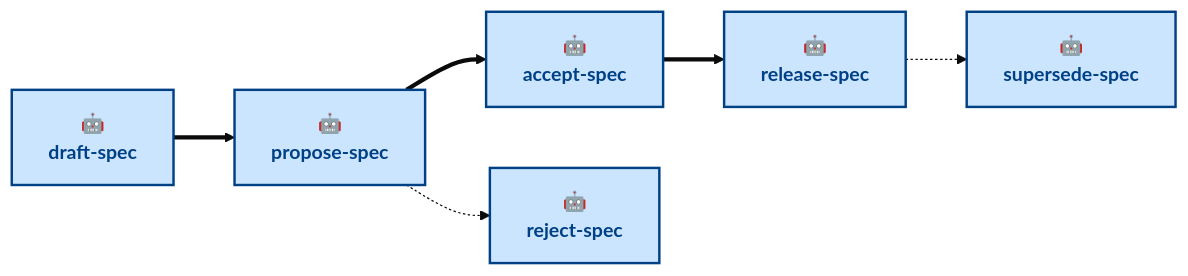
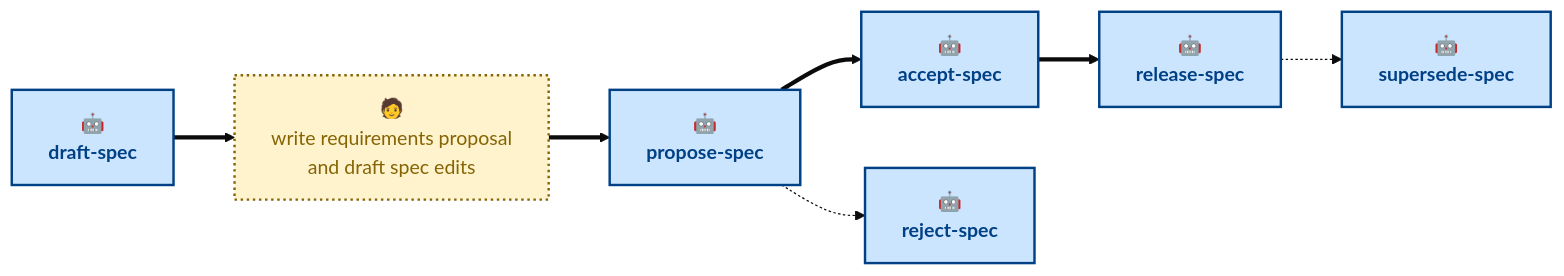
The diagram in .agents/skills/README.md (kieranpotts/specs), drawn with Mermaid (base theme) before and after one commit. The commit also changed other lines of this file and 6 other files, not shown here.

````diff
--- a/.agents/skills/README.md
+++ b/.agents/skills/README.md
@@ -40,19 +39,21 @@
 ```mermaid
 flowchart LR
   draft["🤖<br/><b>draft-spec</b>"]:::agentic
+  write["🧑<br/>write requirements proposal<br/>and draft spec edits"]:::anthropic
   propose["🤖<br/><b>propose-spec</b>"]:::agentic
   accept["🤖<br/><b>accept-spec</b>"]:::agentic
   release["🤖<br/><b>release-spec</b>"]:::agentic
   supersede["🤖<br/><b>supersede-spec</b>"]:::agentic
   reject["🤖<br/><b>reject-spec</b>"]:::agentic
 
-  draft ==> propose
+  draft ==> write
+  write ==> propose
   propose ==> accept
   accept ==> release
   release -.-> supersede
   propose -.-> reject
 
   classDef agentic fill:#cce5ff,stroke:#004085,color:#004085,stroke-width:2px
   classDef scripted fill:#e2e3e5,stroke:#4b5157,color:#383d41,stroke-width:2px
   classDef anthropic fill:#fff3cd,stroke:#856404,color:#856404,stroke-width:2px,stroke-dasharray:2 3
 ```
````
